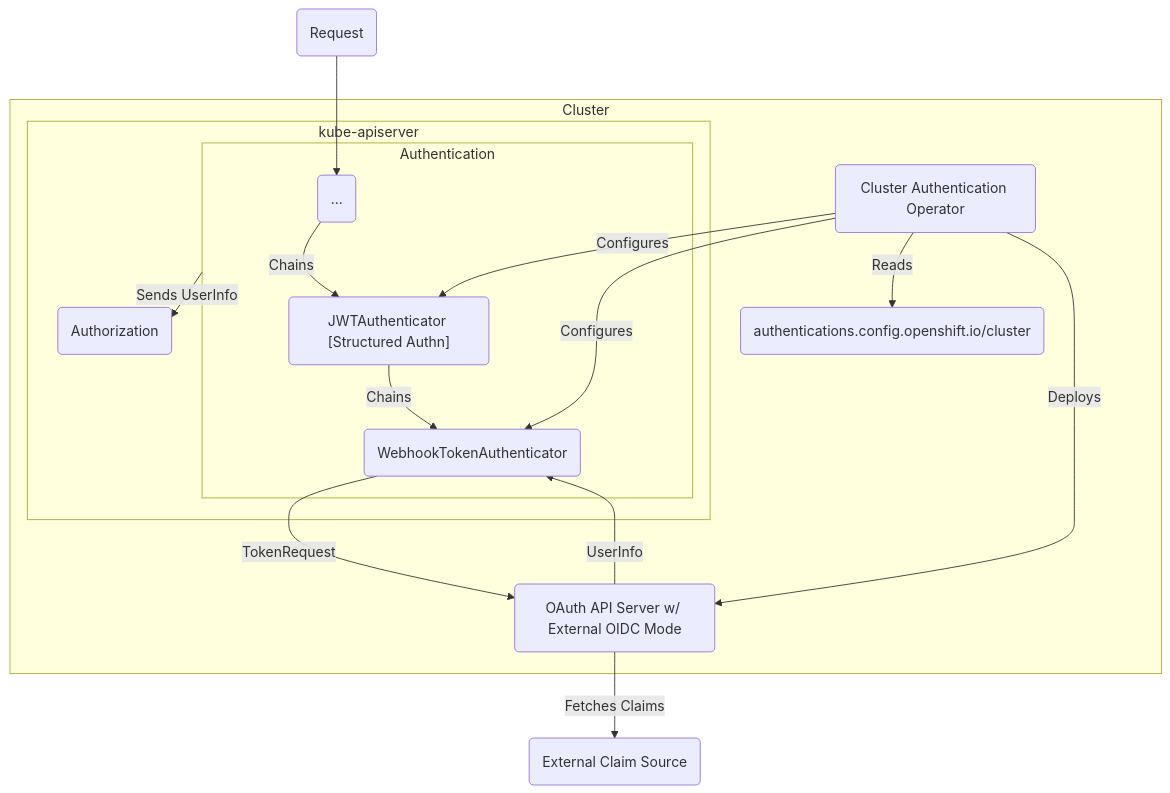
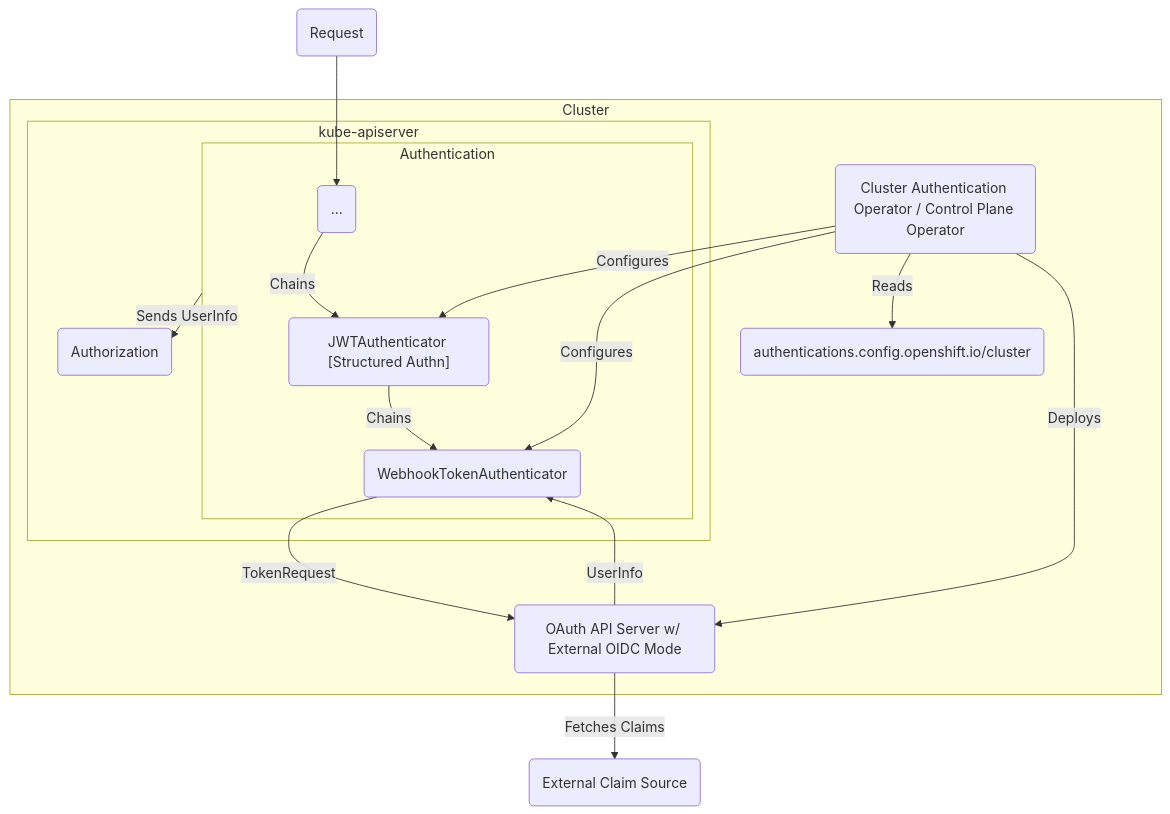
Before and after one commit to openshift/enhancements: the third of 6 diagrams in enhancements/authentication/external-oidc-additional-identity-information-sources.md, drawn with Mermaid. The commit also changed other lines of this file, not shown here.

````diff
--- a/enhancements/authentication/external-oidc-additional-identity-information-sources.md
+++ b/enhancements/authentication/external-oidc-additional-identity-information-sources.md
@@ -568,29 +632,29 @@
 ```mermaid
 flowchart TD
     subgraph Cluster
         subgraph kube-apiserver
             subgraph Authentication
                 A("...") -- Chains --> B
                 B("JWTAuthenticator [Structured Authn]") -- Chains --> C
                 C("WebhookTokenAuthenticator")
             end
 
             Authentication -- Sends UserInfo --> D
             D("Authorization")
         end
 
         E("authentications.config.openshift.io/cluster")
-        F("Cluster Authentication Operator") -- Reads --> E
+        F("Cluster Authentication Operator / Control Plane Operator") -- Reads --> E
         F -- Configures --> B
         F -- Configures --> C
         F -- Deploys --> G
         G("OAuth API Server w/ External OIDC Mode")
         C -- TokenRequest --> G
         G -- UserInfo --> C
     end
 
     H("External Claim Source")
     G -- Fetches Claims --> H
 
     I("Request") --> A
 ```
````
